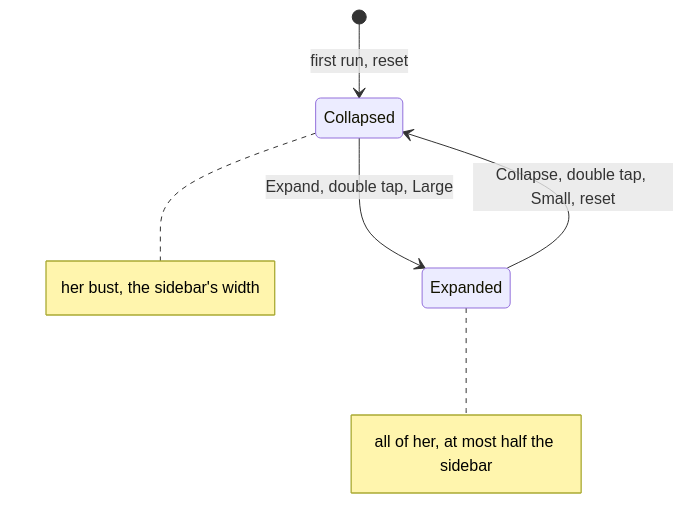
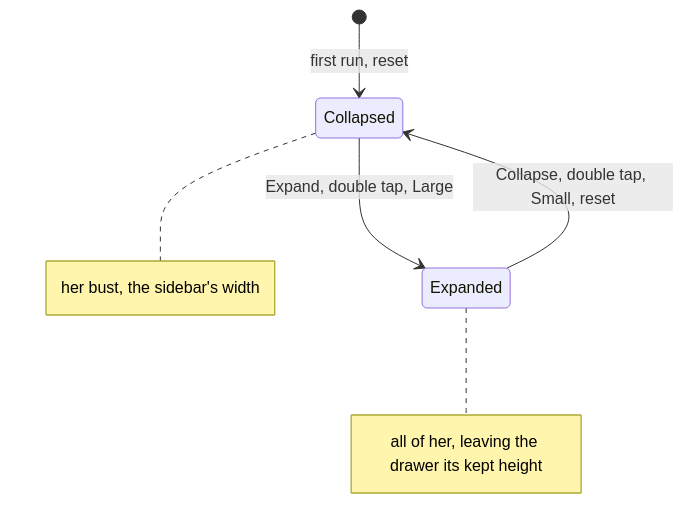
Before and after one commit to matthiasn/lotti: diagram 18 of 19 in knowledge/features/front_agent.md, drawn with Mermaid. The commit also changed other lines of this file and 26 other files, not shown here.

First line of the commit message:
fix(companion): dock only where the drawer keeps its rows; label names Hide

````diff
--- a/knowledge/features/front_agent.md
+++ b/knowledge/features/front_agent.md
@@ -2181,8 +2184,8 @@
 ```mermaid
 stateDiagram-v2
   [*] --> Collapsed: first run, reset
   Collapsed --> Expanded: Expand, double tap, Large
   Expanded --> Collapsed: Collapse, double tap, Small, reset
   note right of Collapsed: her bust, the sidebar's width
-  note right of Expanded: all of her, at most half the sidebar
+  note right of Expanded: all of her, leaving the drawer its kept height
 ```
````
